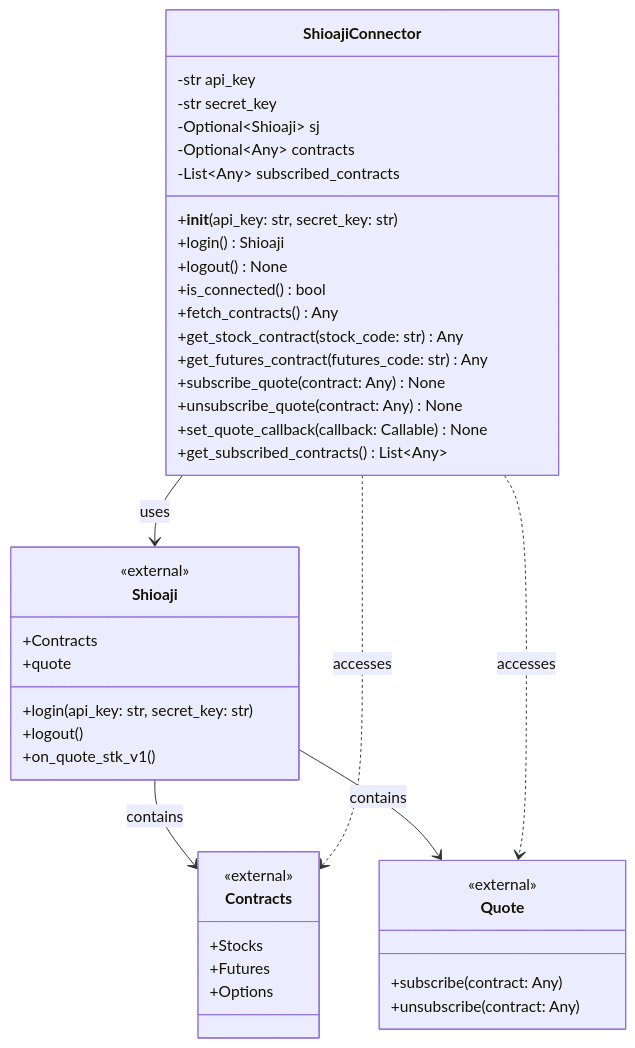
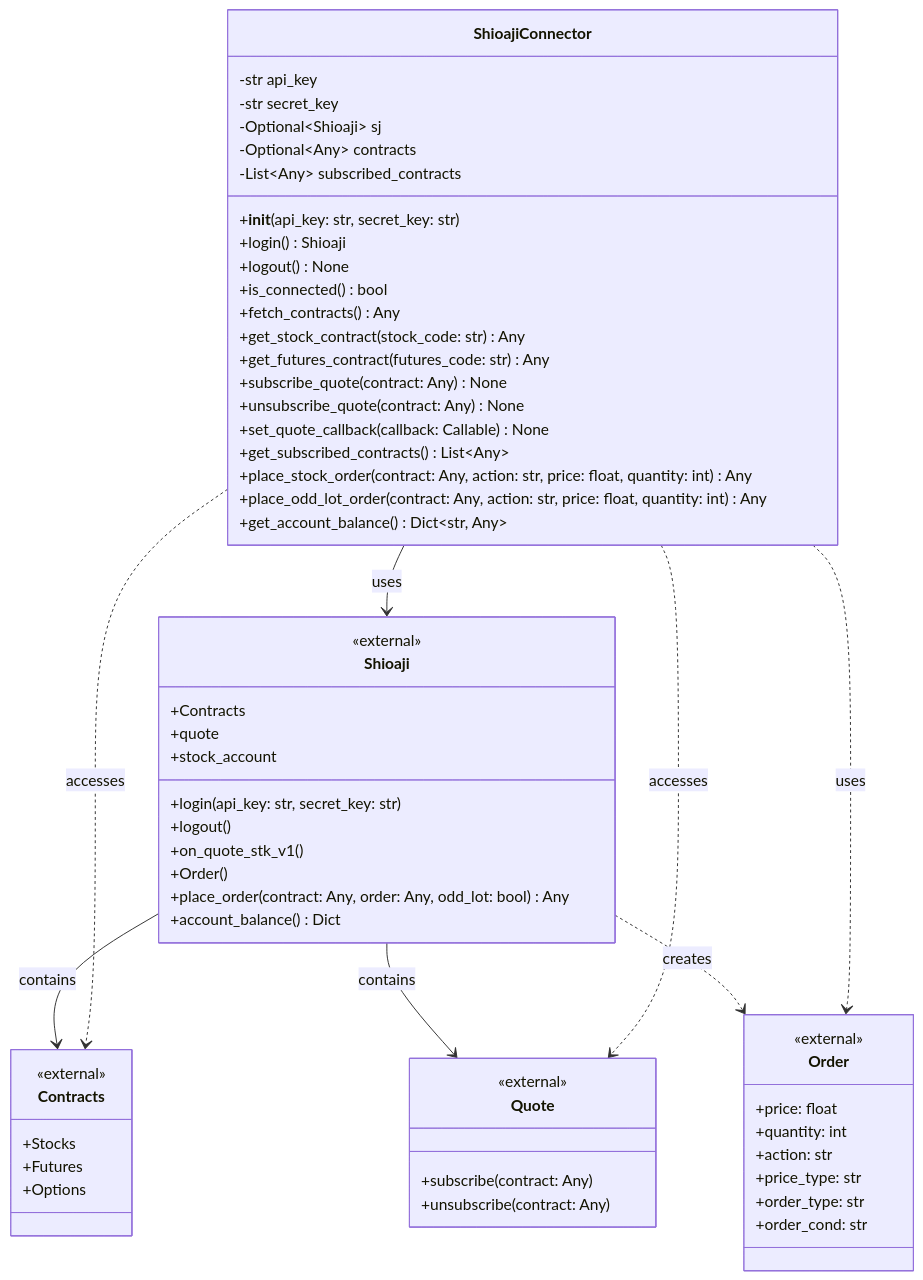
The diagram in 類別圖.md (wu02067602/sample-trading), drawn with Mermaid before and after one commit. The commit also changed other lines of this file and 1 other file, not shown here.

Commit message:
Add stock and odd lot order placement, and account balance retrieval

````diff
--- a/類別圖.md
+++ b/類別圖.md
@@ -7,49 +7,68 @@
 ```mermaid
 classDiagram
     class ShioajiConnector {
         -str api_key
         -str secret_key
         -Optional~Shioaji~ sj
         -Optional~Any~ contracts
         -List~Any~ subscribed_contracts
         +__init__(api_key: str, secret_key: str)
         +login() Shioaji
         +logout() None
         +is_connected() bool
         +fetch_contracts() Any
         +get_stock_contract(stock_code: str) Any
         +get_futures_contract(futures_code: str) Any
         +subscribe_quote(contract: Any) None
         +unsubscribe_quote(contract: Any) None
         +set_quote_callback(callback: Callable) None
         +get_subscribed_contracts() List~Any~
+        +place_stock_order(contract: Any, action: str, price: float, quantity: int) Any
+        +place_odd_lot_order(contract: Any, action: str, price: float, quantity: int) Any
+        +get_account_balance() Dict~str, Any~
     }
     
     class Shioaji {
         <<external>>
         +login(api_key: str, secret_key: str)
         +logout()
         +Contracts
         +quote
         +on_quote_stk_v1()
+        +Order()
+        +place_order(contract: Any, order: Any, odd_lot: bool) Any
+        +stock_account
+        +account_balance() Dict
     }
     
     class Quote {
         <<external>>
         +subscribe(contract: Any)
         +unsubscribe(contract: Any)
     }
     
     class Contracts {
         <<external>>
         +Stocks
         +Futures
         +Options
     }
     
+    class Order {
+        <<external>>
+        +price: float
+        +quantity: int
+        +action: str
+        +price_type: str
+        +order_type: str
+        +order_cond: str
+    }
+    
     ShioajiConnector --> Shioaji : uses
     Shioaji --> Contracts : contains
     Shioaji --> Quote : contains
+    Shioaji ..> Order : creates
     ShioajiConnector ..> Contracts : accesses
     ShioajiConnector ..> Quote : accesses
+    ShioajiConnector ..> Order : uses
 ```
````
